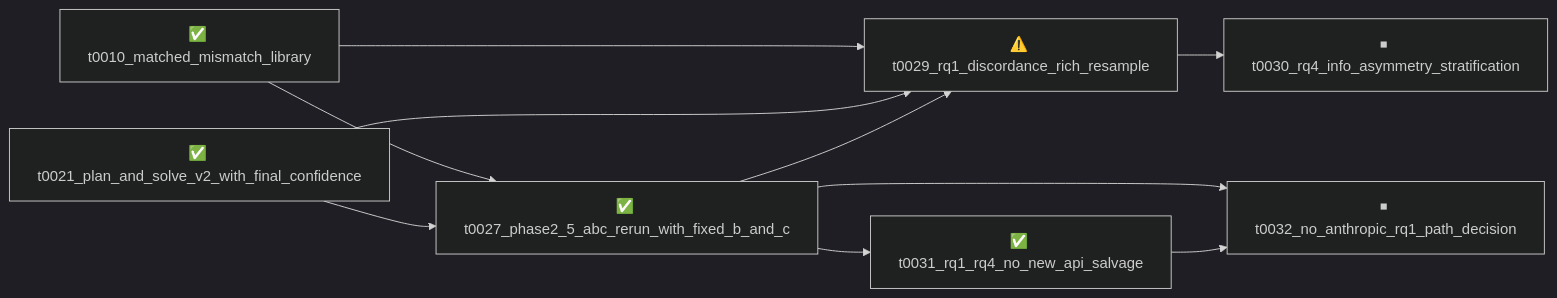
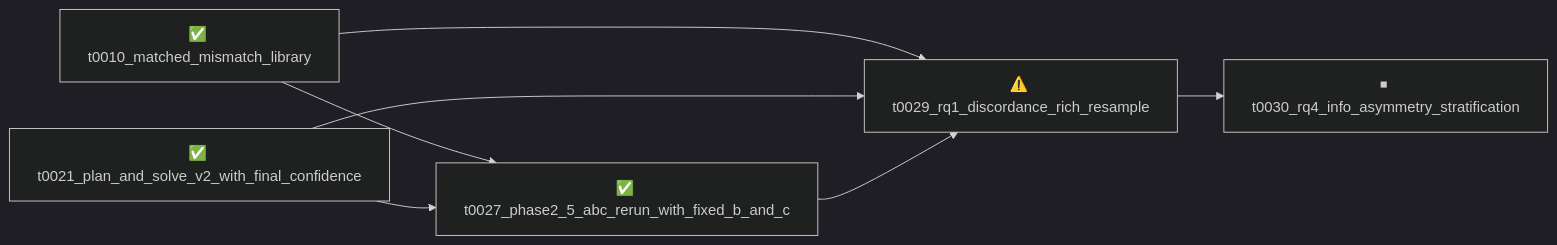
One commit to omniscale-ai/reasoning-scale2 changed the diagram in overview/tasks/README.md. Above: the diagram before and after it, drawn with Mermaid (dark theme). The commit also changed other lines of this file and 38 other files, not shown here.

Commit message:
overview: refresh after t0032_no_anthropic_rq1_path_decision

````diff
--- a/overview/tasks/README.md
+++ b/overview/tasks/README.md
@@ -15,20 +15,15 @@
 ```mermaid
 graph LR
     t0010_matched_mismatch_library["✅ t0010_matched_mismatch_library"]
     t0021_plan_and_solve_v2_with_final_confidence["✅ t0021_plan_and_solve_v2_with_final_confidence"]
     t0027_phase2_5_abc_rerun_with_fixed_b_and_c["✅ t0027_phase2_5_abc_rerun_with_fixed_b_and_c"]
     t0029_rq1_discordance_rich_resample["⚠️ t0029_rq1_discordance_rich_resample"]
     t0030_rq4_info_asymmetry_stratification["⏹ t0030_rq4_info_asymmetry_stratification"]
-    t0031_rq1_rq4_no_new_api_salvage["✅ t0031_rq1_rq4_no_new_api_salvage"]
-    t0032_no_anthropic_rq1_path_decision["⏹ t0032_no_anthropic_rq1_path_decision"]
 
     t0010_matched_mismatch_library --> t0027_phase2_5_abc_rerun_with_fixed_b_and_c
     t0021_plan_and_solve_v2_with_final_confidence --> t0027_phase2_5_abc_rerun_with_fixed_b_and_c
     t0010_matched_mismatch_library --> t0029_rq1_discordance_rich_resample
     t0021_plan_and_solve_v2_with_final_confidence --> t0029_rq1_discordance_rich_resample
     t0027_phase2_5_abc_rerun_with_fixed_b_and_c --> t0029_rq1_discordance_rich_resample
     t0029_rq1_discordance_rich_resample --> t0030_rq4_info_asymmetry_stratification
-    t0027_phase2_5_abc_rerun_with_fixed_b_and_c --> t0031_rq1_rq4_no_new_api_salvage
-    t0027_phase2_5_abc_rerun_with_fixed_b_and_c --> t0032_no_anthropic_rq1_path_decision
-    t0031_rq1_rq4_no_new_api_salvage --> t0032_no_anthropic_rq1_path_decision
 ```
````
